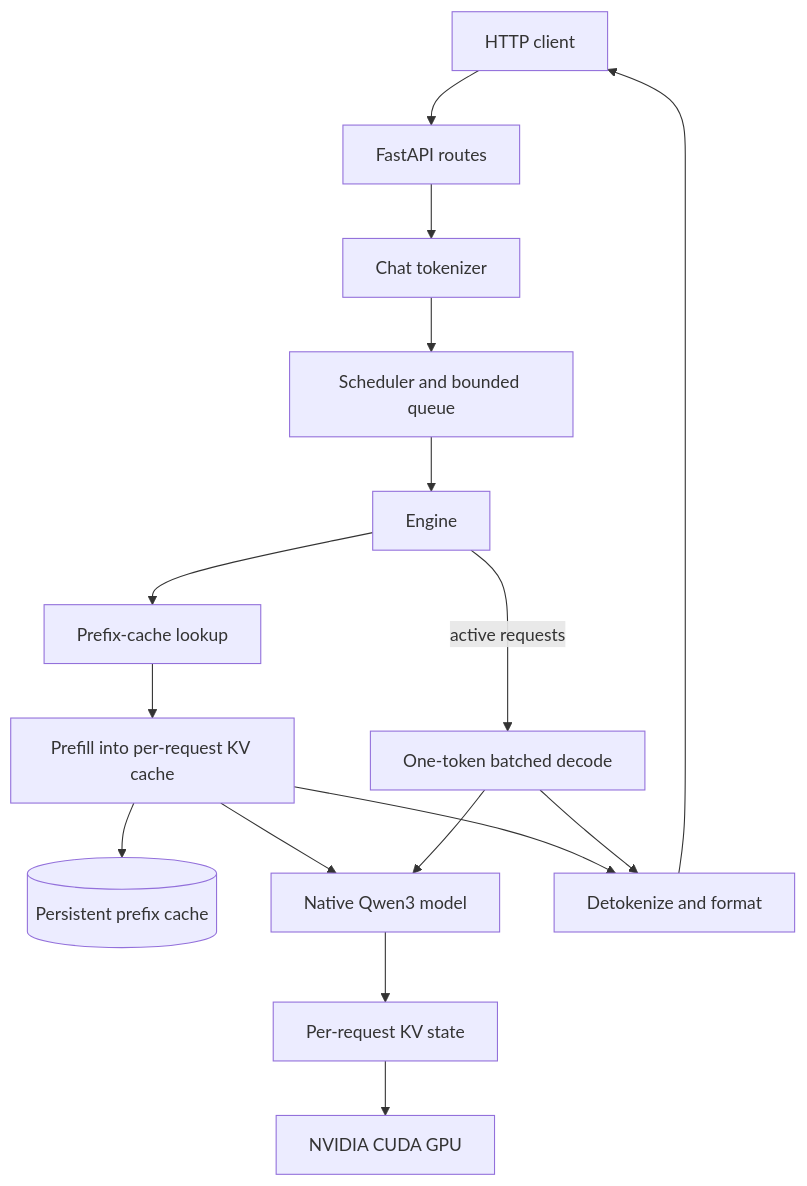
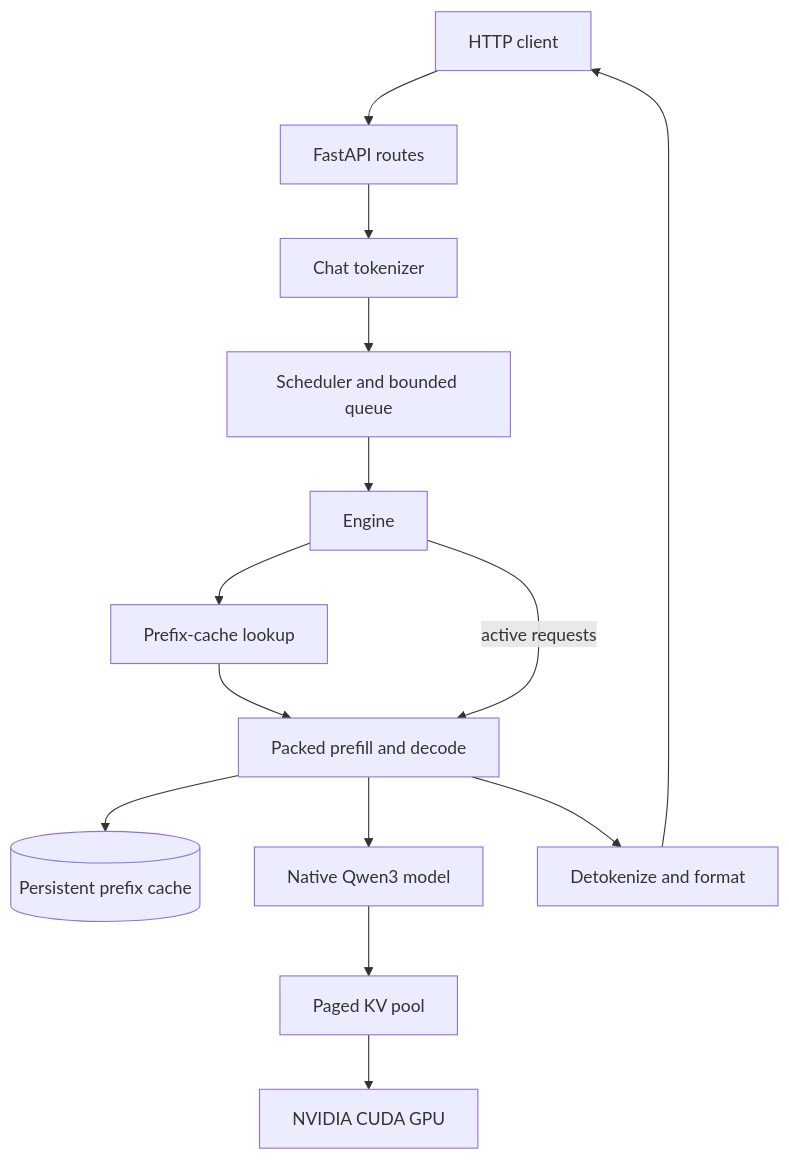
One commit to DanielUgoAli/helios changed the second of 2 diagrams in README.md. Above: the diagram before and after it, drawn with Mermaid. The commit also changed other lines of this file, not shown here.

First line of the commit message:
docs: document packed mixed-batch serving in the README

````diff
--- a/README.md
+++ b/README.md
@@ -160,22 +176,20 @@
 ```mermaid
 flowchart TD
     C[HTTP client] --> A[FastAPI routes]
     A --> T[Chat tokenizer]
     T --> Q[Scheduler and bounded queue]
     Q --> E[Engine]
 
     E --> P[Prefix-cache lookup]
-    P --> G[Prefill into per-request KV cache]
+    P --> G[Packed prefill and decode]
     G --> PC[(Persistent prefix cache)]
 
-    E -->|active requests| BG[One-token batched decode]
+    E -->|active requests| G
 
     G --> M[Native Qwen3 model]
-    BG --> M
-    M --> K[Per-request KV state]
+    M --> K[Paged KV pool]
     K --> GPU[NVIDIA CUDA GPU]
 
     G --> O[Detokenize and format]
-    BG --> O
     O --> C
 ```
````
